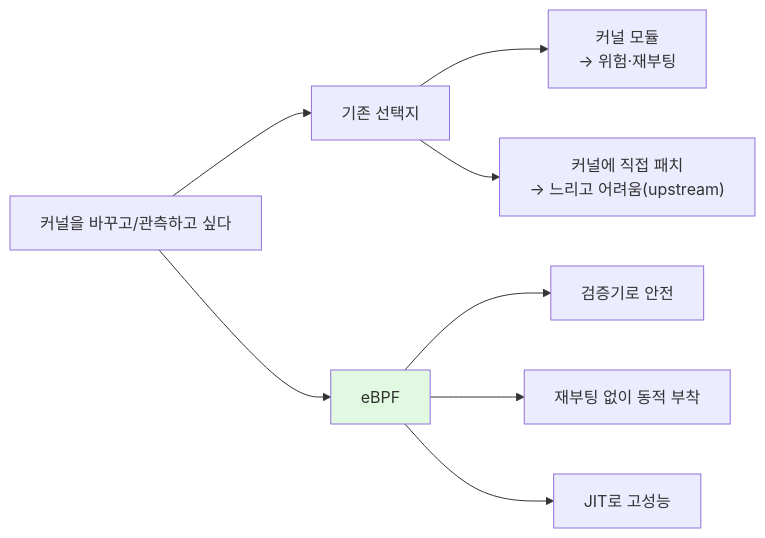
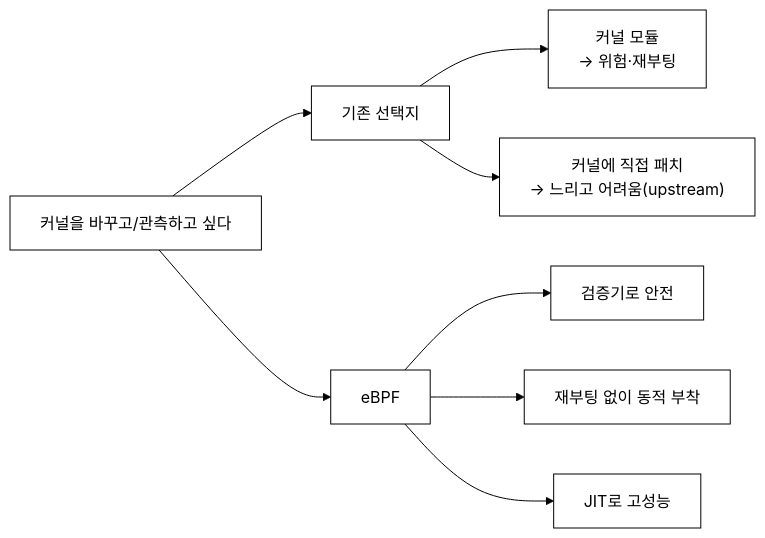
One commit to iamywl/ebpf-lab changed the fifth of 5 diagrams in docs/lecture/03주차_BPF에서_eBPF로_역사와_등장배경.md. Above: the diagram before and after it, drawn with Mermaid. The commit also changed other lines of this file and 33 other files, not shown here.

First line of the commit message:
강의자료: 다이어그램 흑백(논문 스타일) 통일 + 실제 실행 스크린샷 삽입

````diff
--- a/docs/lecture/03주차_BPF에서_eBPF로_역사와_등장배경.md
+++ b/docs/lecture/03주차_BPF에서_eBPF로_역사와_등장배경.md
@@ -147,11 +151,12 @@
 ```mermaid
+%%{init: {"theme":"base","themeVariables":{"background":"#ffffff","primaryColor":"#ffffff","primaryBorderColor":"#000000","primaryTextColor":"#000000","secondaryColor":"#ffffff","secondaryBorderColor":"#000000","secondaryTextColor":"#000000","tertiaryColor":"#ffffff","tertiaryBorderColor":"#000000","tertiaryTextColor":"#000000","lineColor":"#000000","textColor":"#000000","mainBkg":"#ffffff","secondBkg":"#ffffff","clusterBkg":"#ffffff","clusterBorder":"#000000","edgeLabelBackground":"#ffffff","nodeBorder":"#000000","defaultLinkColor":"#000000","titleColor":"#000000","actorBkg":"#ffffff","actorBorder":"#000000","actorTextColor":"#000000","actorLineColor":"#000000","signalColor":"#000000","signalTextColor":"#000000","labelBoxBkgColor":"#ffffff","labelBoxBorderColor":"#000000","labelTextColor":"#000000","loopTextColor":"#000000","noteBkgColor":"#ffffff","noteBorderColor":"#000000","noteTextColor":"#000000","activationBkgColor":"#ffffff","activationBorderColor":"#000000","sequenceNumberColor":"#000000","cScale0":"#ffffff","cScale1":"#ffffff","cScale2":"#ffffff","cScale3":"#ffffff","cScale4":"#ffffff","cScale5":"#ffffff","cScale6":"#ffffff","cScale7":"#ffffff","cScale8":"#ffffff","cScale9":"#ffffff","cScale10":"#ffffff","cScale11":"#ffffff","cScaleLabel0":"#000000","cScaleLabel1":"#000000","cScaleLabel2":"#000000","cScaleLabel3":"#000000","cScaleLabel4":"#000000","cScaleLabel5":"#000000","cScaleLabel6":"#000000","cScaleLabel7":"#000000","cScaleLabel8":"#000000","cScaleLabel9":"#000000","cScaleLabel10":"#000000","cScaleLabel11":"#000000","pie1":"#ffffff","pie2":"#eeeeee","pie3":"#dddddd","pie4":"#cccccc","fontFamily":"Georgia, serif"}}}%%
 flowchart LR
     Need["커널을 바꾸고/관측하고 싶다"] --> Old["기존 선택지"]
     Old --> M1["커널 모듈\n→ 위험·재부팅"]
     Old --> M2["커널에 직접 패치\n→ 느리고 어려움(upstream)"]
     Need --> eBPF["eBPF"]
     eBPF --> S1["검증기로 안전"]
     eBPF --> S2["재부팅 없이 동적 부착"]
     eBPF --> S3["JIT로 고성능"]
-    style eBPF fill:#e0f9e0
+    style eBPF fill:#ffffff
 ```
````
